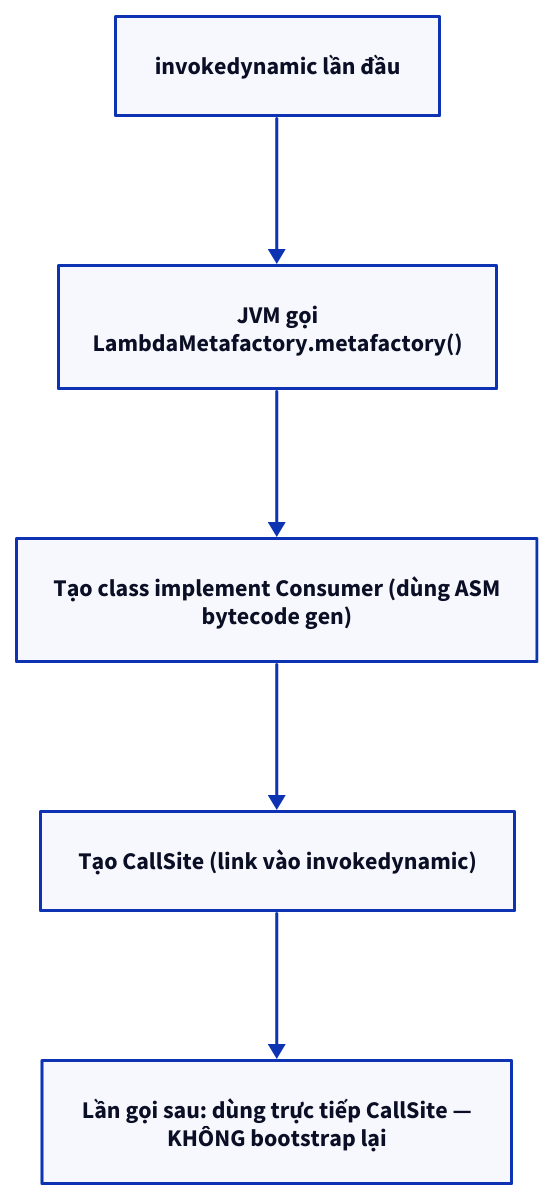
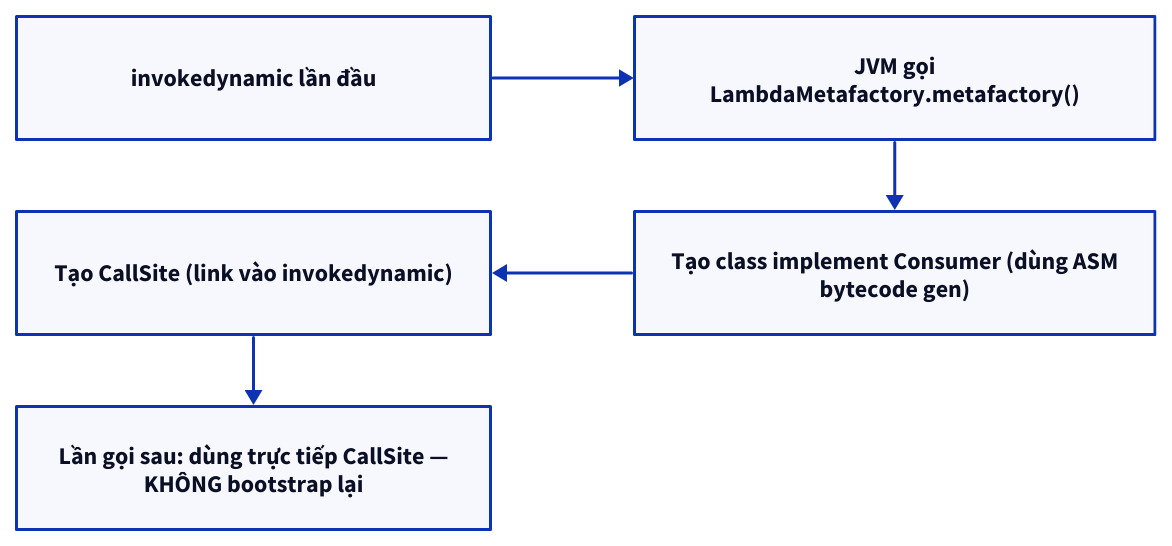
Before and after one commit to vanhiep99w/java-learn: the first of 2 diagrams in content/docs/fundamentals/functional-interface.md, drawn with D2. The commit also changed other lines of this file and 62 other files, not shown here.

Commit message:
feat(docs): upgrade docs-kit and optimize diagram layouts

````diff
--- a/content/docs/fundamentals/functional-interface.md
+++ b/content/docs/fundamentals/functional-interface.md
@@ -146,12 +146,15 @@
 ```d2 title="4.2. invokedynamic — bootstrap tại runtime"
-direction: down
+grid-rows: 3
+grid-columns: 2
+horizontal-gap: 96
+vertical-gap: 48
 n_A: "invokedynamic lần đầu"
 n_B: "JVM gọi\nLambdaMetafactory.metafactory()"
+n_D: "Tạo CallSite (link vào invokedynamic)"
 n_C: "Tạo class implement Consumer (dùng ASM\nbytecode gen)"
-n_D: "Tạo CallSite (link vào invokedynamic)"
 n_E: "Lần gọi sau: dùng trực tiếp CallSite —\nKHÔNG bootstrap lại"
 n_A -> n_B
 n_B -> n_C
 n_C -> n_D
 n_D -> n_E
 ```
````
